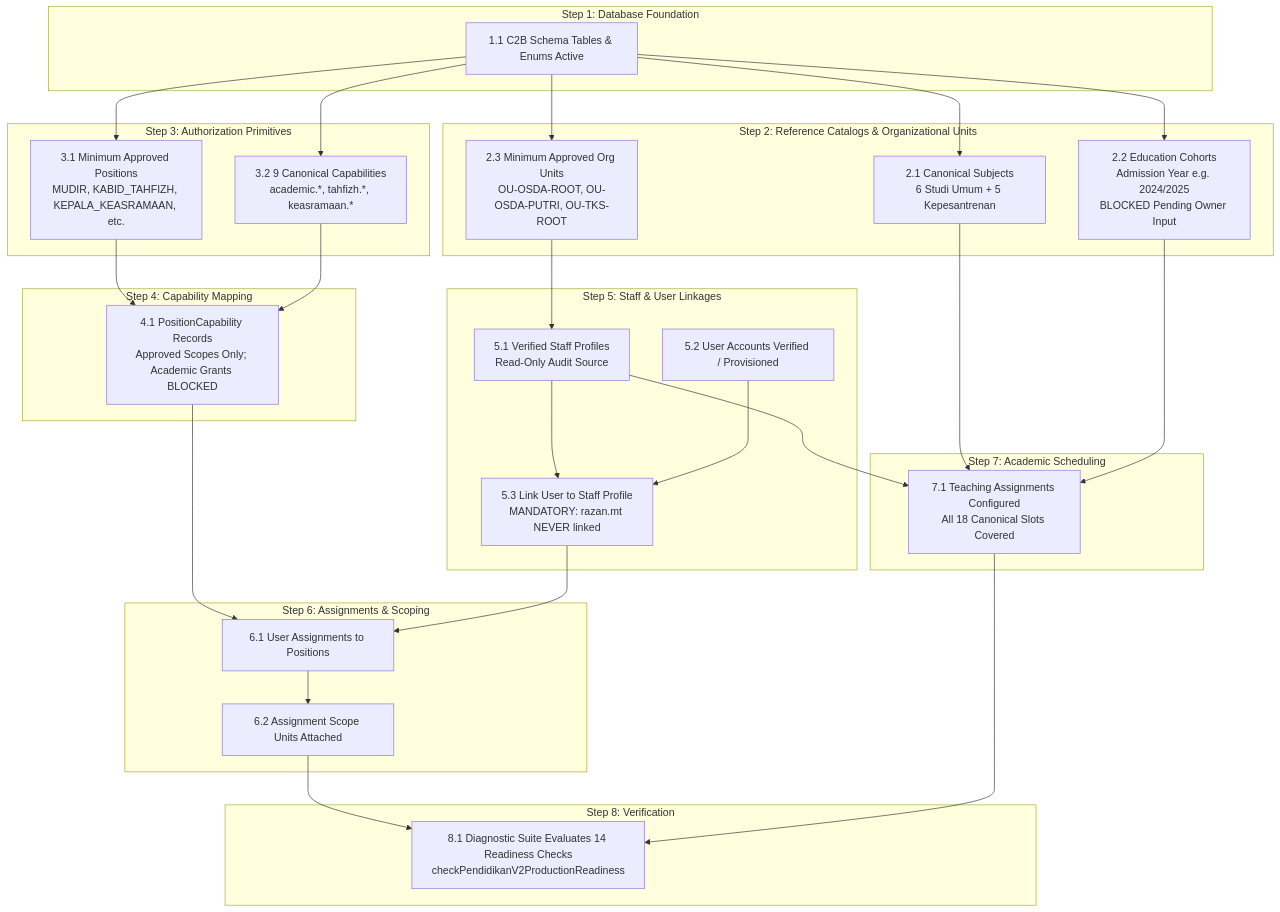
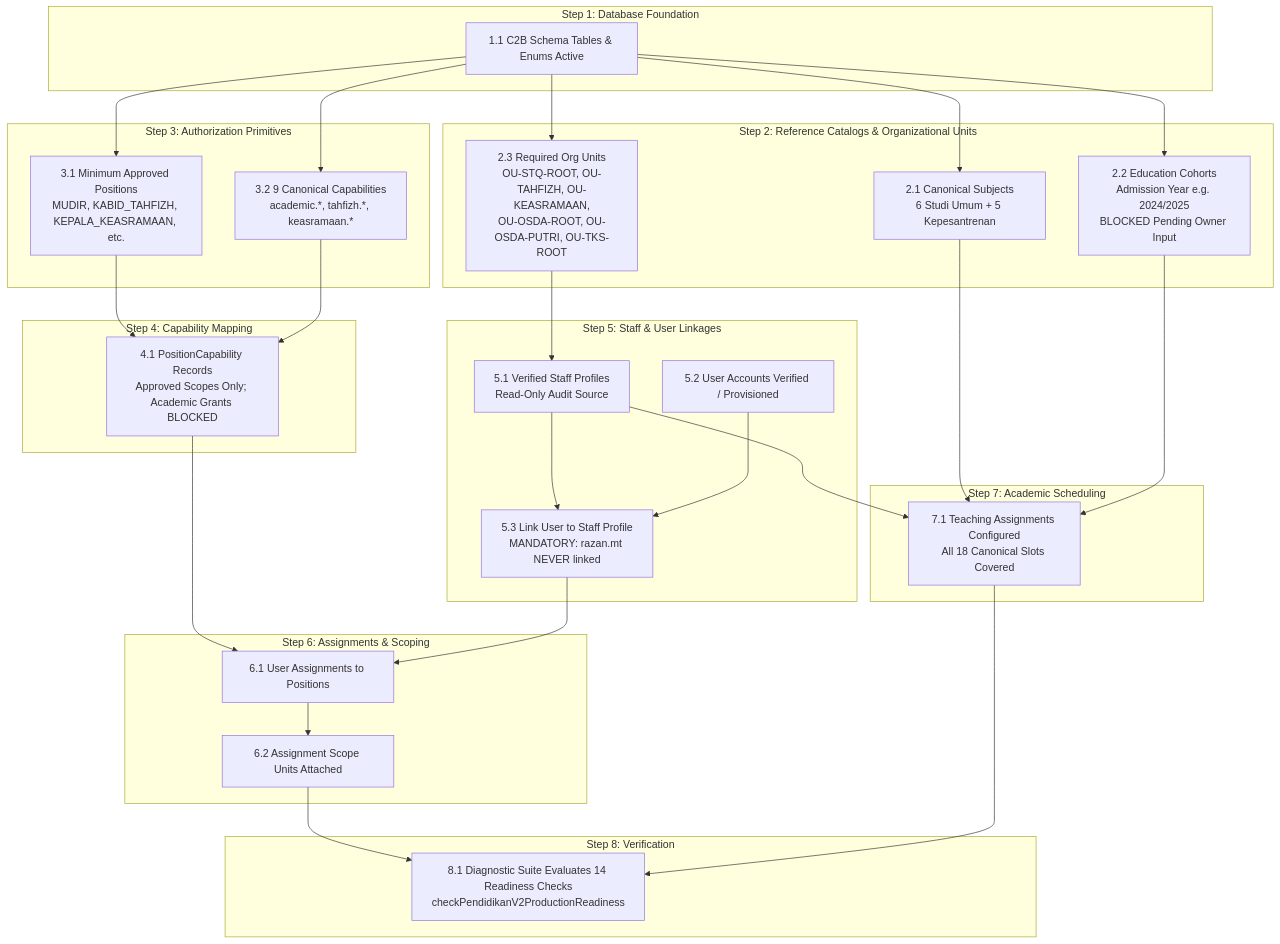
One commit to abdngr23-pixel/stq-education-portal changed the second of 2 diagrams in docs/STQ_M3_RELEASE_DEPENDENCIES.md. Above: the diagram before and after it, drawn with Mermaid. The commit also changed other lines of this file and 7 other files, not shown here.

````diff
--- a/docs/STQ_M3_RELEASE_DEPENDENCIES.md
+++ b/docs/STQ_M3_RELEASE_DEPENDENCIES.md
@@ -95,64 +95,64 @@
 ```mermaid
 graph TD
     subgraph Step 1: Database Foundation
         S1[1.1 C2B Schema Tables & Enums Active]
     end
 
     subgraph Step 2: Reference Catalogs & Organizational Units
         S2A[2.1 Canonical Subjects<br/>6 Studi Umum + 5 Kepesantrenan]
         S2B[2.2 Education Cohorts<br/>Admission Year e.g. 2024/2025<br/>BLOCKED Pending Owner Input]
-        S2C[2.3 Minimum Approved Org Units<br/>OU-OSDA-ROOT, OU-OSDA-PUTRI, OU-TKS-ROOT]
+        S2C[2.3 Required Org Units<br/>OU-STQ-ROOT, OU-TAHFIZH, OU-KEASRAMAAN,<br/>OU-OSDA-ROOT, OU-OSDA-PUTRI, OU-TKS-ROOT]
     end
 
     subgraph Step 3: Authorization Primitives
         S3A[3.1 Minimum Approved Positions<br/>MUDIR, KABID_TAHFIZH, KEPALA_KEASRAMAAN, etc.]
         S3B[3.2 9 Canonical Capabilities<br/>academic.*, tahfizh.*, keasramaan.*]
     end
 
     subgraph Step 4: Capability Mapping
         S4[4.1 PositionCapability Records<br/>Approved Scopes Only; Academic Grants BLOCKED]
     end
 
     subgraph Step 5: Staff & User Linkages
         S5A[5.1 Verified Staff Profiles<br/>Read-Only Audit Source]
         S5B[5.2 User Accounts Verified / Provisioned]
         S5C[5.3 Link User to Staff Profile<br/>MANDATORY: razan.mt NEVER linked]
     end
 
     subgraph Step 6: Assignments & Scoping
         S6A[6.1 User Assignments to Positions]
         S6B[6.2 Assignment Scope Units Attached]
     end
 
     subgraph Step 7: Academic Scheduling
         S7[7.1 Teaching Assignments Configured<br/>All 18 Canonical Slots Covered]
     end
 
     subgraph Step 8: Verification
         S8[8.1 Diagnostic Suite Evaluates 14 Readiness Checks<br/>checkPendidikanV2ProductionReadiness]
     end
 
     S1 --> S2A
     S1 --> S2B
     S1 --> S2C
     S1 --> S3A
     S1 --> S3B
 
     S3A --> S4
     S3B --> S4
 
     S2C --> S5A
     S5A --> S5C
     S5B --> S5C
 
     S4 --> S6A
     S5C --> S6A
     S6A --> S6B
 
     S2A --> S7
     S2B --> S7
     S5A --> S7
 
     S6B --> S8
     S7 --> S8
 ```
````
